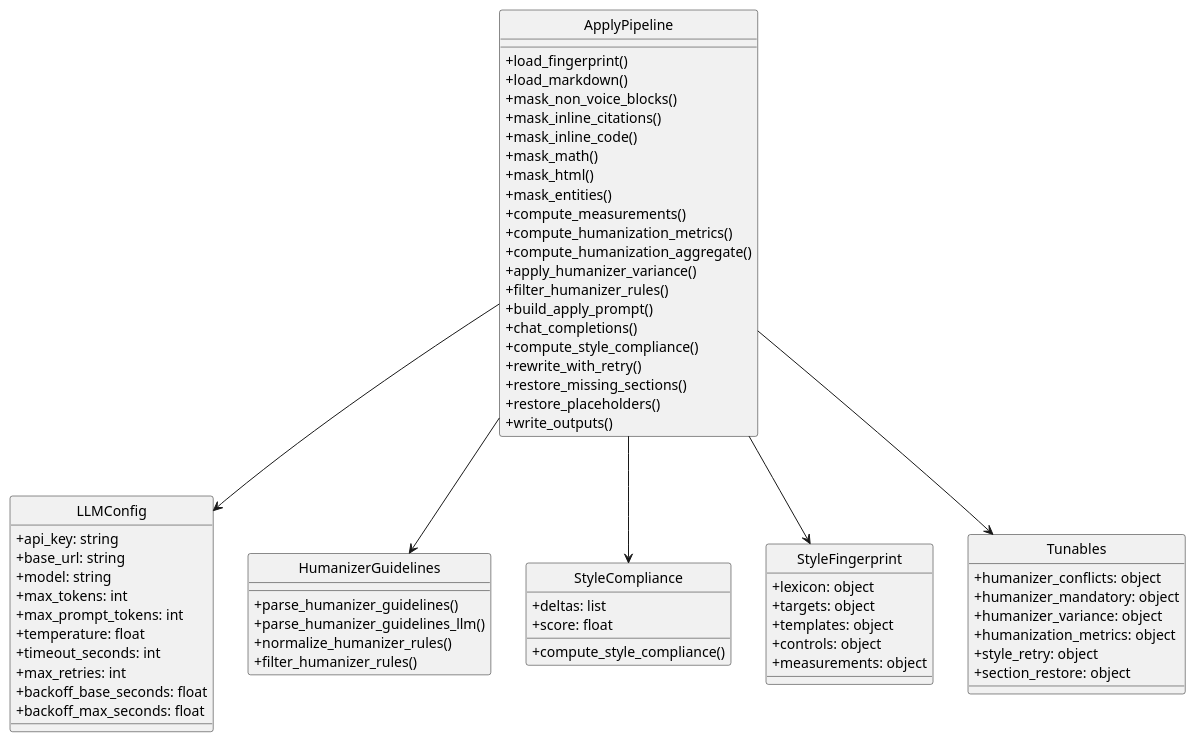
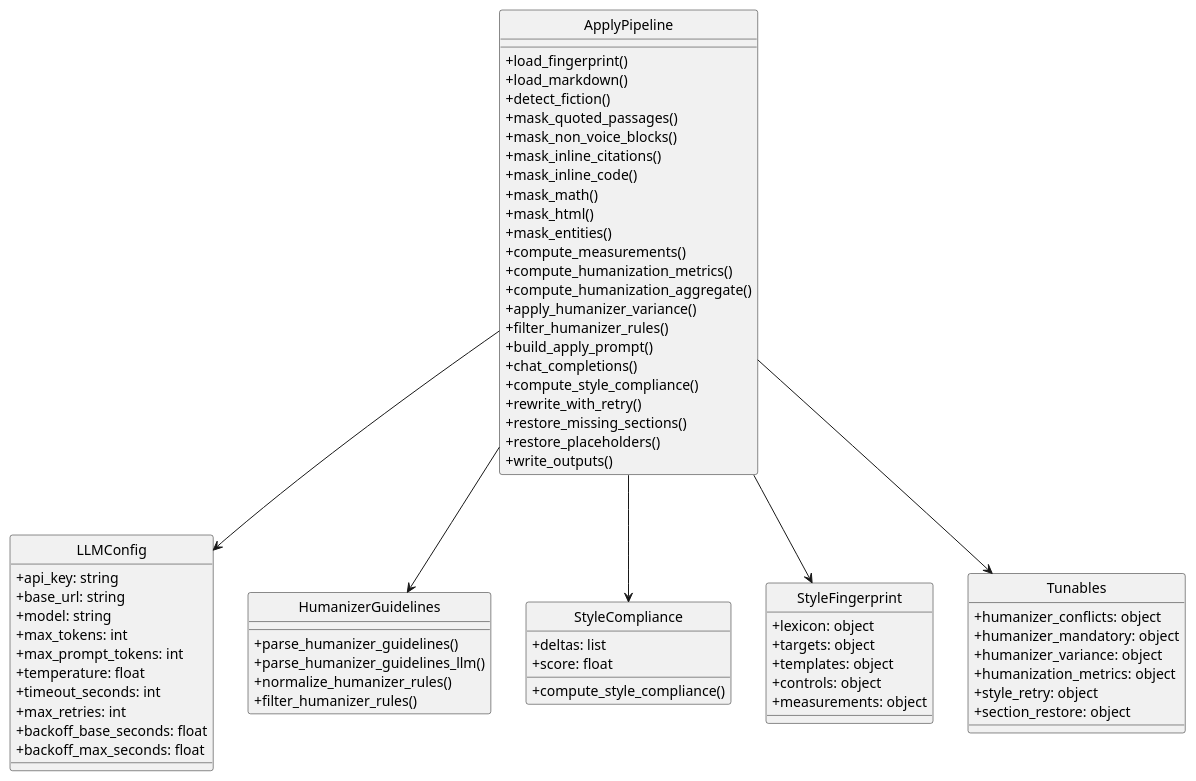
The first of 3 diagrams in UML-Apply.md (ngpepin/stylometric-transfer), drawn with PlantUML before and after one commit. The commit also changed other lines of this file and 5 other files, not shown here.

````diff
--- a/UML-Apply.md
+++ b/UML-Apply.md
@@ -7,78 +7,80 @@
 ```plantuml
 @startuml
 skinparam style strictuml
 skinparam classAttributeIconSize 0
 
 class LLMConfig {
   +api_key: string
   +base_url: string
   +model: string
   +max_tokens: int
   +max_prompt_tokens: int
   +temperature: float
   +timeout_seconds: int
   +max_retries: int
   +backoff_base_seconds: float
   +backoff_max_seconds: float
 }
 
 class ApplyPipeline {
   +load_fingerprint()
   +load_markdown()
+  +detect_fiction()
+  +mask_quoted_passages()
   +mask_non_voice_blocks()
   +mask_inline_citations()
   +mask_inline_code()
   +mask_math()
   +mask_html()
   +mask_entities()
   +compute_measurements()
   +compute_humanization_metrics()
   +compute_humanization_aggregate()
   +apply_humanizer_variance()
   +filter_humanizer_rules()
   +build_apply_prompt()
   +chat_completions()
   +compute_style_compliance()
   +rewrite_with_retry()
   +restore_missing_sections()
   +restore_placeholders()
   +write_outputs()
 }
 
 class HumanizerGuidelines {
   +parse_humanizer_guidelines()
   +parse_humanizer_guidelines_llm()
   +normalize_humanizer_rules()
   +filter_humanizer_rules()
 }
 
 class StyleCompliance {
   +compute_style_compliance()
   +deltas: list
   +score: float
 }
 
 class StyleFingerprint {
   +lexicon: object
   +targets: object
   +templates: object
   +controls: object
   +measurements: object
 }
 
 class Tunables {
   +humanizer_conflicts: object
   +humanizer_mandatory: object
   +humanizer_variance: object
   +humanization_metrics: object
   +style_retry: object
   +section_restore: object
 }
 
 ApplyPipeline --> LLMConfig
 ApplyPipeline --> StyleFingerprint
 ApplyPipeline --> HumanizerGuidelines
 ApplyPipeline --> StyleCompliance
 ApplyPipeline --> Tunables
 @enduml
 ```
````
